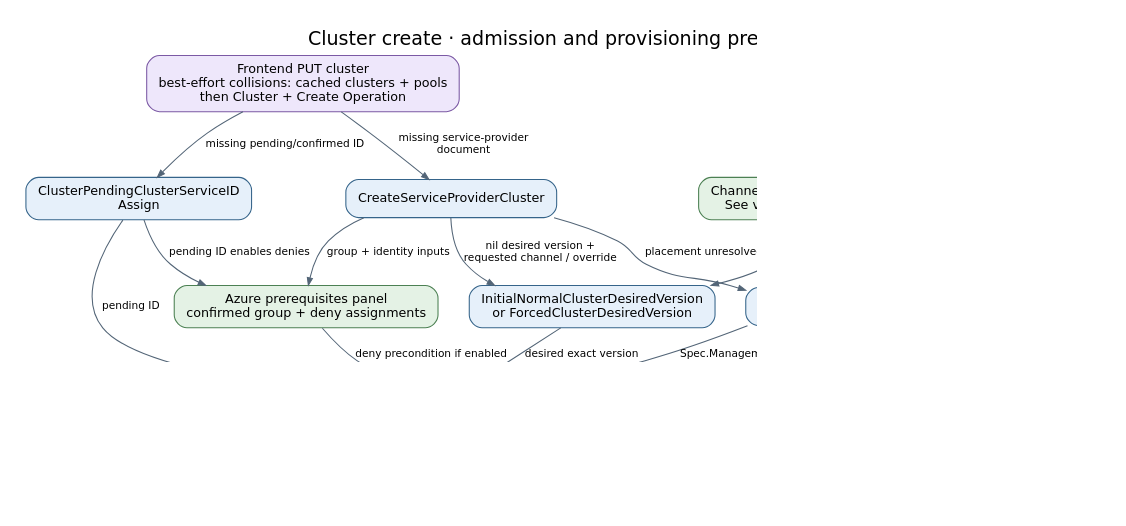
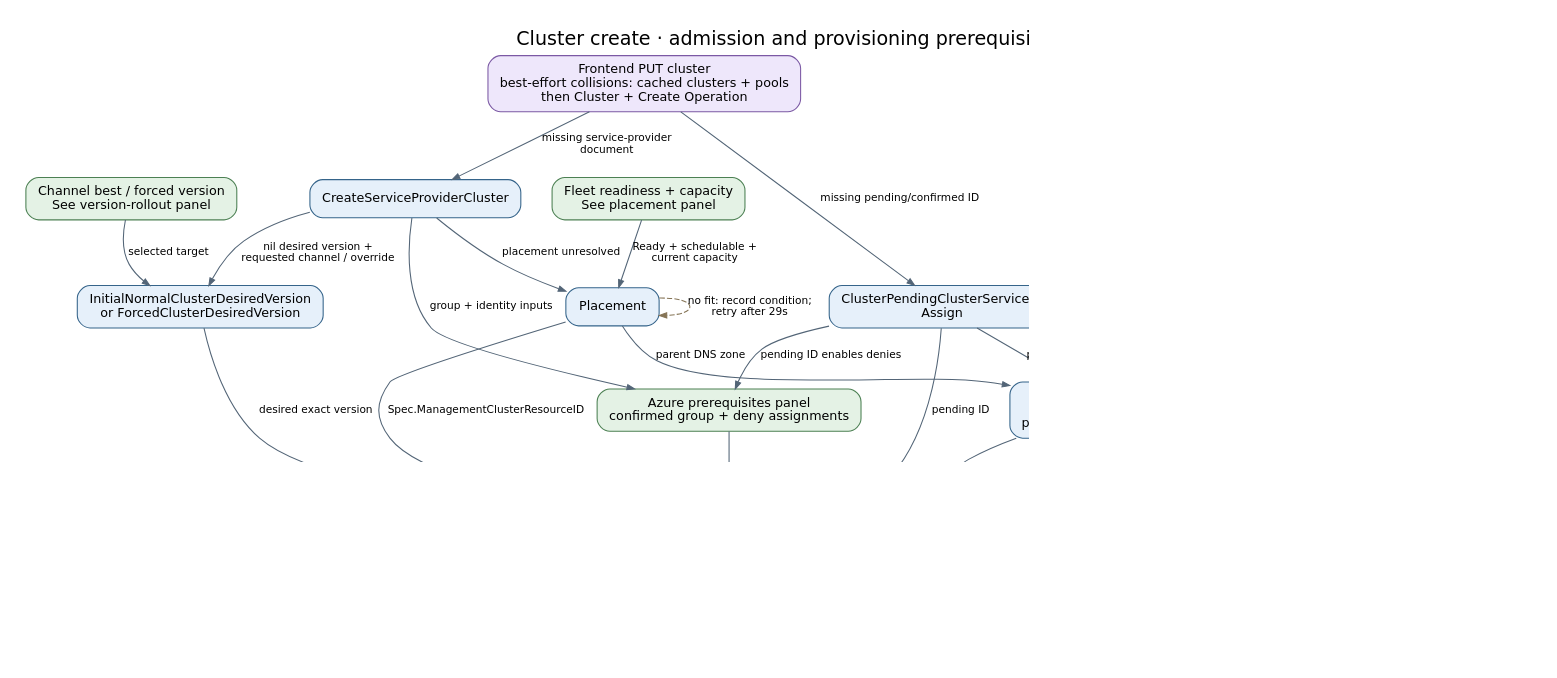
The diagram in docs/diagrams/controller-flows/cluster-create.dot (Azure/ARO-HCP), drawn with Graphviz before and after one commit. The commit also changed 46 other files, not shown here.

Commit message:
feat(backend): allocate cluster DNS names with Fleet claims

```diff
--- a/docs/diagrams/controller-flows/cluster-create.dot
+++ b/docs/diagrams/controller-flows/cluster-create.dot
@@ -1,30 +1,37 @@
 digraph cluster_create {
   graph [rankdir=TB, bgcolor="white", pad="0.3", nodesep="0.4", ranksep="0.55", fontname="DejaVu Sans", fontsize=18, labelloc=t, label="Cluster create · admission and provisioning prerequisites", dpi=110];
   node [shape=box, style="rounded,filled", fillcolor="#e6f0fa", color="#35648a", fontname="DejaVu Sans", fontsize=12, margin="0.16,0.10"];
   edge [color="#536577", fontname="DejaVu Sans", fontsize=10, arrowsize=0.7];
   put [label="Frontend PUT cluster\nbest-effort collisions: cached clusters + pools\nthen Cluster + Create Operation", fillcolor="#eee7fb", color="#7b59a4"];
   sp [label="CreateServiceProviderCluster", fillcolor="#e6f0fa", color="#35648a"];
   id [label="ClusterPendingClusterServiceID\nAssign", fillcolor="#e6f0fa", color="#35648a"];
   ver [label="InitialNormalClusterDesiredVersion\nor ForcedClusterDesiredVersion", fillcolor="#e6f0fa", color="#35648a"];
   rollout [label="Channel best / forced version\nSee version-rollout panel", fillcolor="#e4f2e5", color="#4c8053"];
   place [label="Placement", fillcolor="#e6f0fa", color="#35648a"];
   fleet [label="Fleet readiness + capacity\nSee placement panel", fillcolor="#e4f2e5", color="#4c8053"];
   azure [label="Azure prerequisites panel\nconfirmed group + deny assignments", fillcolor="#e4f2e5", color="#4c8053"];
   create [label="ClusterClusterServiceCreate", fillcolor="#e6f0fa", color="#35648a"];
   cs [label="Cluster Service cluster exists\nClusterServiceID confirmed\nContinue in convergence panel", fillcolor="#e4f2e5", color="#4c8053"];
   put -> sp [label="missing service-provider\ndocument"];
   put -> id [label="missing pending/confirmed ID"];
   sp -> ver [label="nil desired version +\nrequested channel / override"];
   rollout -> ver [label="selected target"];
   sp -> place [label="placement unresolved"];
   fleet -> place [label="Ready + schedulable +\ncurrent capacity"];
   place -> place [label="no fit: record condition;\nretry after 29s", style=dashed, color="#857456", constraint=false];
   sp -> azure [label="group + identity inputs"];
   id -> azure [label="pending ID enables denies"];
   id -> create [label="pending ID"];
   ver -> create [label="desired exact version"];
   place -> create [label="Spec.ManagementClusterResourceID"];
   azure -> create [label="deny precondition if enabled"];
-  create -> cs [label="adopt or POST; persist ID"];
+  allocation [label="ClusterDNSAllocation\nwait for ARO ClusterUID\npreserve existing CS adoption", fillcolor="#e6f0fa", color="#35648a"];
+  claims [label="Fleet DNS claim\nparent zone + five-character slug\nowner = ARO ClusterUID", fillcolor="#e4f2e5", color="#4c8053"];
+  place -> allocation [label="parent DNS zone"];
+  id -> allocation [label="pending CS ID for adoption check"];
+  allocation -> claims [label="persist candidate first;\ncreate claim in separate reconcile"];
+  claims -> allocation [label="owned: commit base domain\nconflict: choose another", style=dashed];
+  allocation -> create [label="persisted prefix + claimed base domain"];
+  create -> cs [label="POST persisted prefix + base domain;\npersist CS ID in same reconcile"];
   create -> create [label="missing prerequisite: wait", style=dashed, color="#857456", constraint=false];
 }
```
